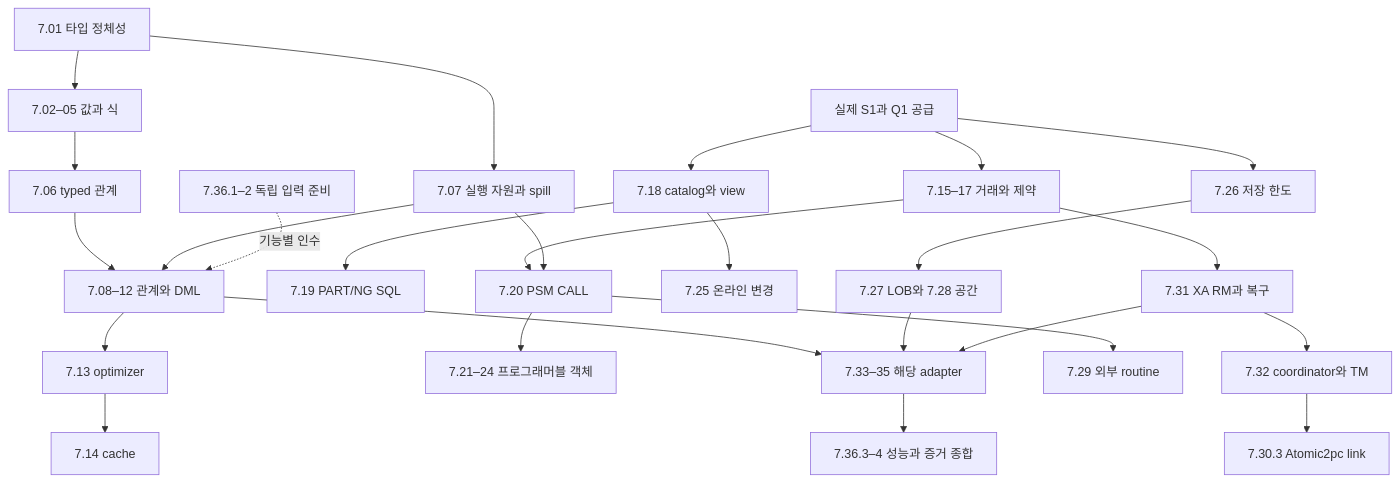
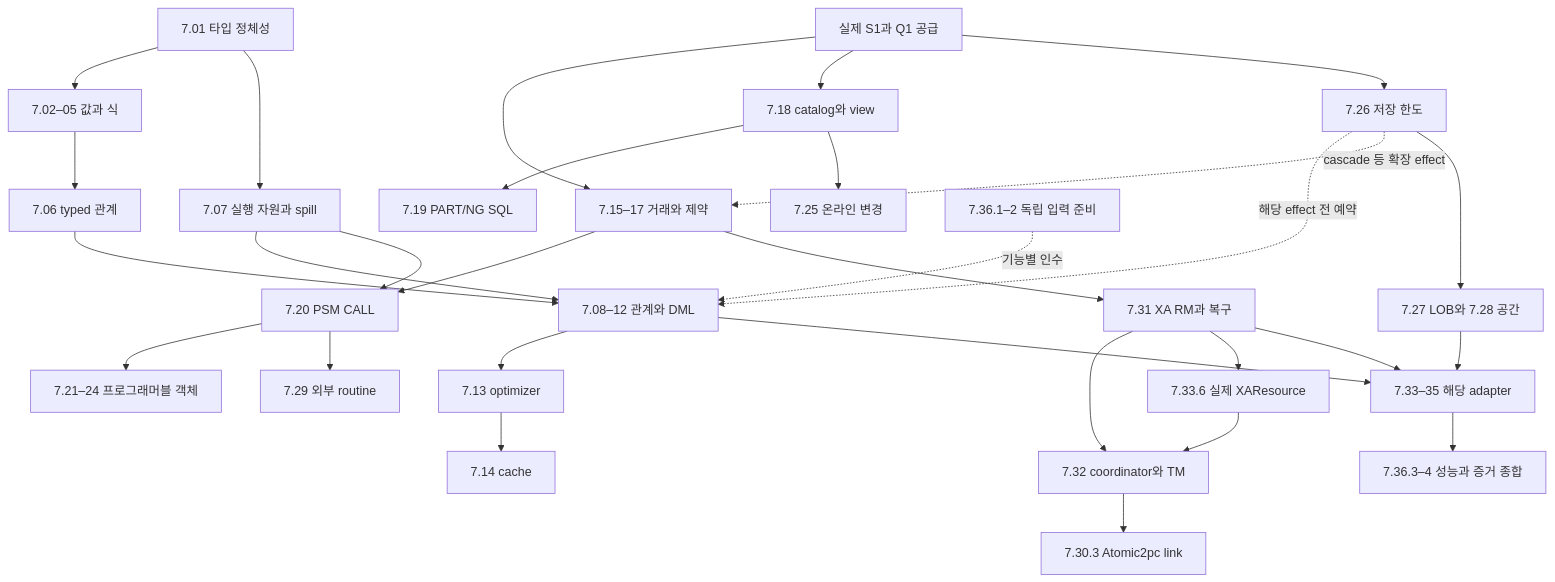
The diagram in devdoc/plans/dev7-work-breakdown.md (et16kr/xadb), drawn with Mermaid before and after one commit. The commit also changed other lines of this file and 6 other files, not shown here.

````diff
--- a/devdoc/plans/dev7-work-breakdown.md
+++ b/devdoc/plans/dev7-work-breakdown.md
@@ -141,28 +208,32 @@
 ```mermaid
 flowchart TD
   V[7.01 타입 정체성] --> S[7.02–05 값과 식]
   S --> B[7.06 typed 관계]
   V --> R[7.07 실행 자원과 spill]
   B --> Q[7.08–12 관계와 DML]
   R --> Q
   Q --> O[7.13 optimizer]
   O --> C[7.14 cache]
   K[실제 S1과 Q1 공급] --> T[7.15–17 거래와 제약]
   K --> D[7.18 catalog와 view]
   D --> P[7.19 PART/NG SQL]
   T --> CALL[7.20 PSM CALL]
   R --> CALL
   CALL --> OBJ[7.21–24 프로그래머블 객체]
   D --> ONLINE[7.25 온라인 변경]
   K --> L[7.26 저장 한도]
+  L -. 해당 effect 전 예약 .-> Q
+  L -. cascade 등 확장 effect .-> T
   L --> LS[7.27 LOB와 7.28 공간]
   T --> RM[7.31 XA RM과 복구]
   RM --> TM[7.32 coordinator와 TM]
+  RM --> XA[7.33.6 실제 XAResource]
+  XA --> TM
   TM --> LINK[7.30.3 Atomic2pc link]
   CALL --> EXT[7.29 외부 routine]
   Q --> CLI[7.33–35 해당 adapter]
   LS --> CLI
   RM --> CLI
   EV[7.36.1–2 독립 입력 준비] -. 기능별 인수 .-> Q
   CLI --> DONE[7.36.3–4 성능과 증거 종합]
 ```
````
